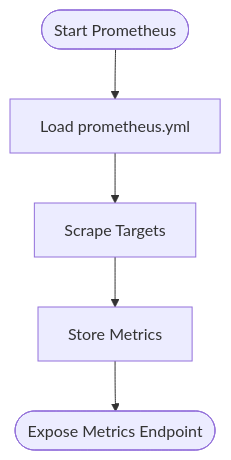
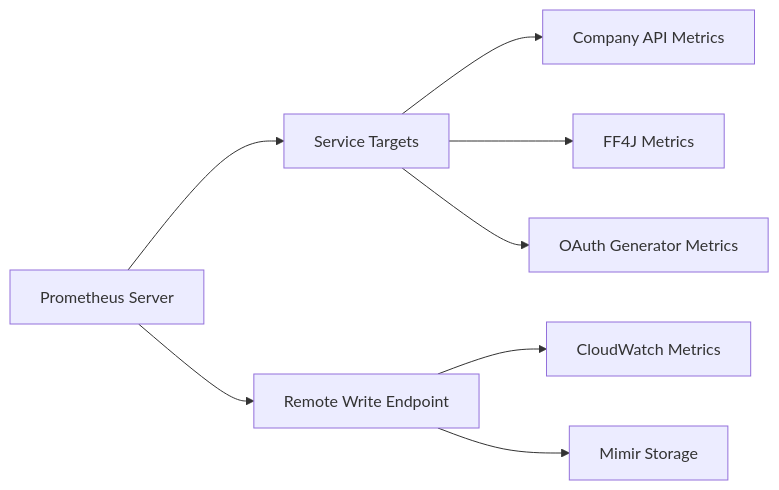
One commit to effinrich/rh-nx-monorepo changed the seventh of 8 diagrams in .qoder/repowiki/en/content/Backend Services.md. Above: the diagram before and after it, drawn with Mermaid. The commit also changed other lines of this file and 130 other files, not shown here.

````diff
--- a/.qoder/repowiki/en/content/Backend Services.md
+++ b/.qoder/repowiki/en/content/Backend Services.md
@@ -255,7 +404,10 @@
 ```mermaid
-flowchart TD
-Start(["Start Prometheus"]) --> LoadCfg["Load prometheus.yml"]
-LoadCfg --> Scrape["Scrape Targets"]
-Scrape --> Store["Store Metrics"]
-Store --> End(["Expose Metrics Endpoint"])
+graph LR
+Prometheus["Prometheus Server"] --> Targets["Service Targets"]
+Targets --> CompanyAPI["Company API Metrics"]
+Targets --> FF4J["FF4J Metrics"]
+Targets --> OAuthGen["OAuth Generator Metrics"]
+Prometheus --> RemoteWrite["Remote Write Endpoint"]
+RemoteWrite --> CloudWatch["CloudWatch Metrics"]
+RemoteWrite --> Mimir["Mimir Storage"]
 ```
````
